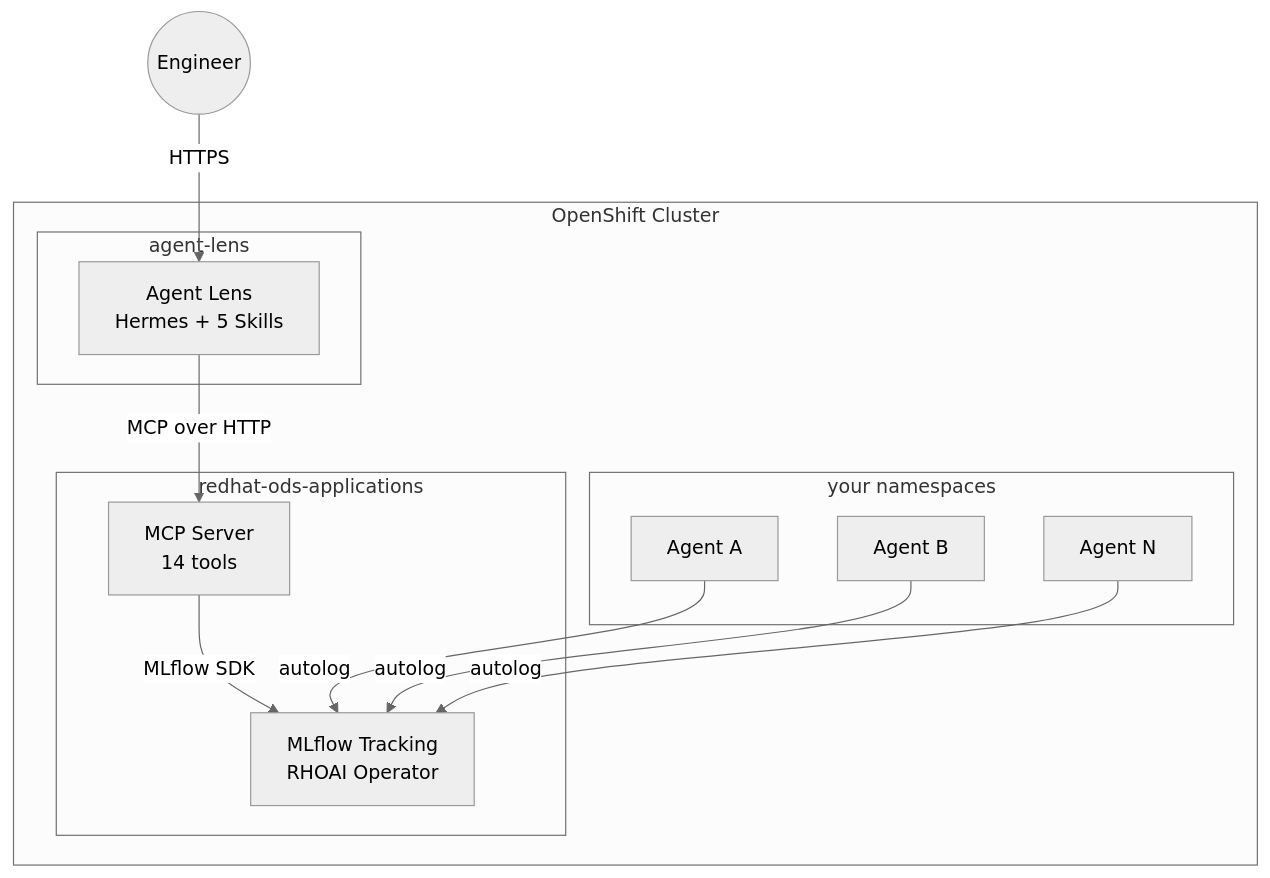
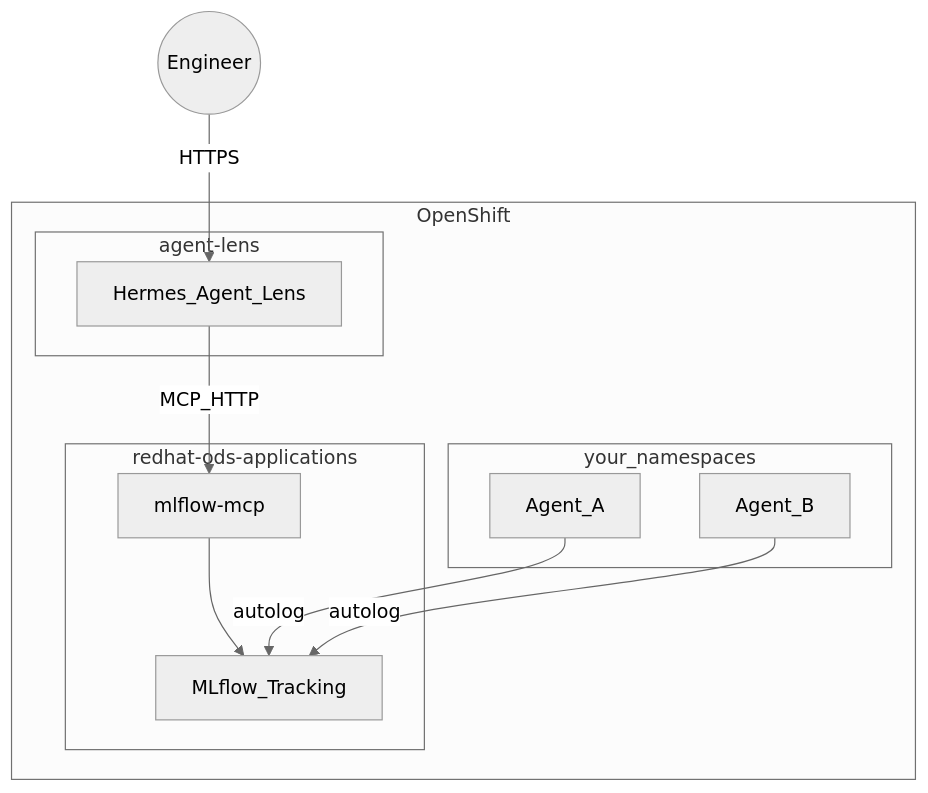
The second of 2 diagrams in README.md (rrbanda/agent-lens), drawn with Mermaid before and after one commit. The commit also changed other lines of this file and 35 other files, not shown here.

First line of the commit message:
chore: official MLflow MCP only — prune FastMCP and fix product messaging

````diff
--- a/README.md
+++ b/README.md
@@ -117,21 +140,20 @@
 ```mermaid
 %%{init: {'theme': 'neutral'}}%%
 graph TB
-    subgraph cluster[OpenShift Cluster]
+    subgraph cluster[OpenShift]
         subgraph ns1[agent-lens]
-            Agent[Agent Lens<br/>Hermes + 5 Skills]
+            Agent[Hermes_Agent_Lens]
         end
         subgraph ns2[redhat-ods-applications]
-            MCP[MCP Server<br/>14 tools]
-            MLflow[MLflow Tracking<br/>RHOAI Operator]
+            MCP[mlflow-mcp]
+            MLflow[MLflow_Tracking]
         end
-        subgraph ns3[your namespaces]
-            A1[Agent A] & A2[Agent B] & A3[Agent N]
+        subgraph ns3[your_namespaces]
+            A1[Agent_A] & A2[Agent_B]
         end
     end
-
     User((Engineer)) -->|HTTPS| Agent
-    Agent -->|MCP over HTTP| MCP
-    MCP -->|MLflow SDK| MLflow
-    A1 & A2 & A3 -->|autolog| MLflow
+    Agent -->|MCP_HTTP| MCP
+    MCP --> MLflow
+    A1 & A2 -->|autolog| MLflow
 ```
````
